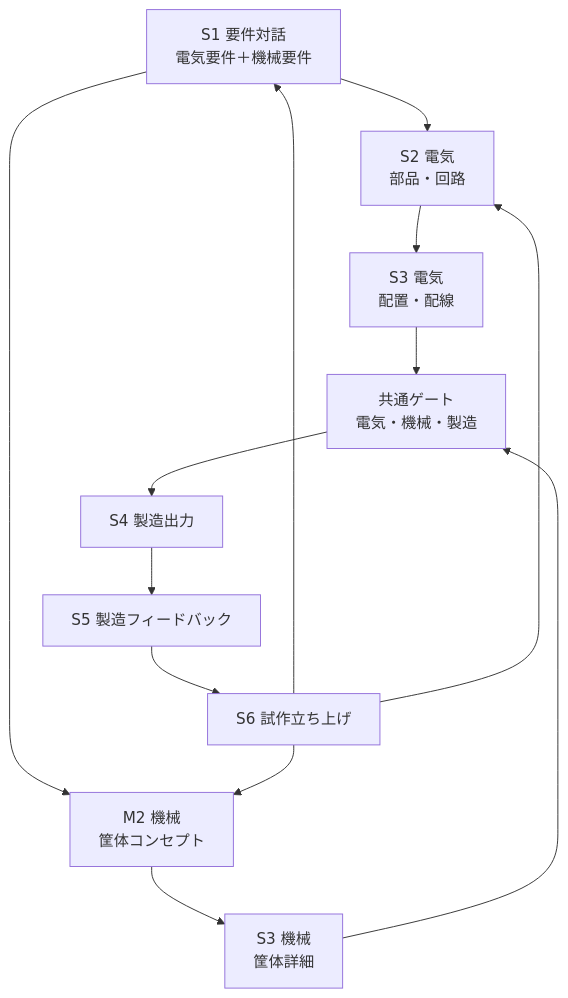
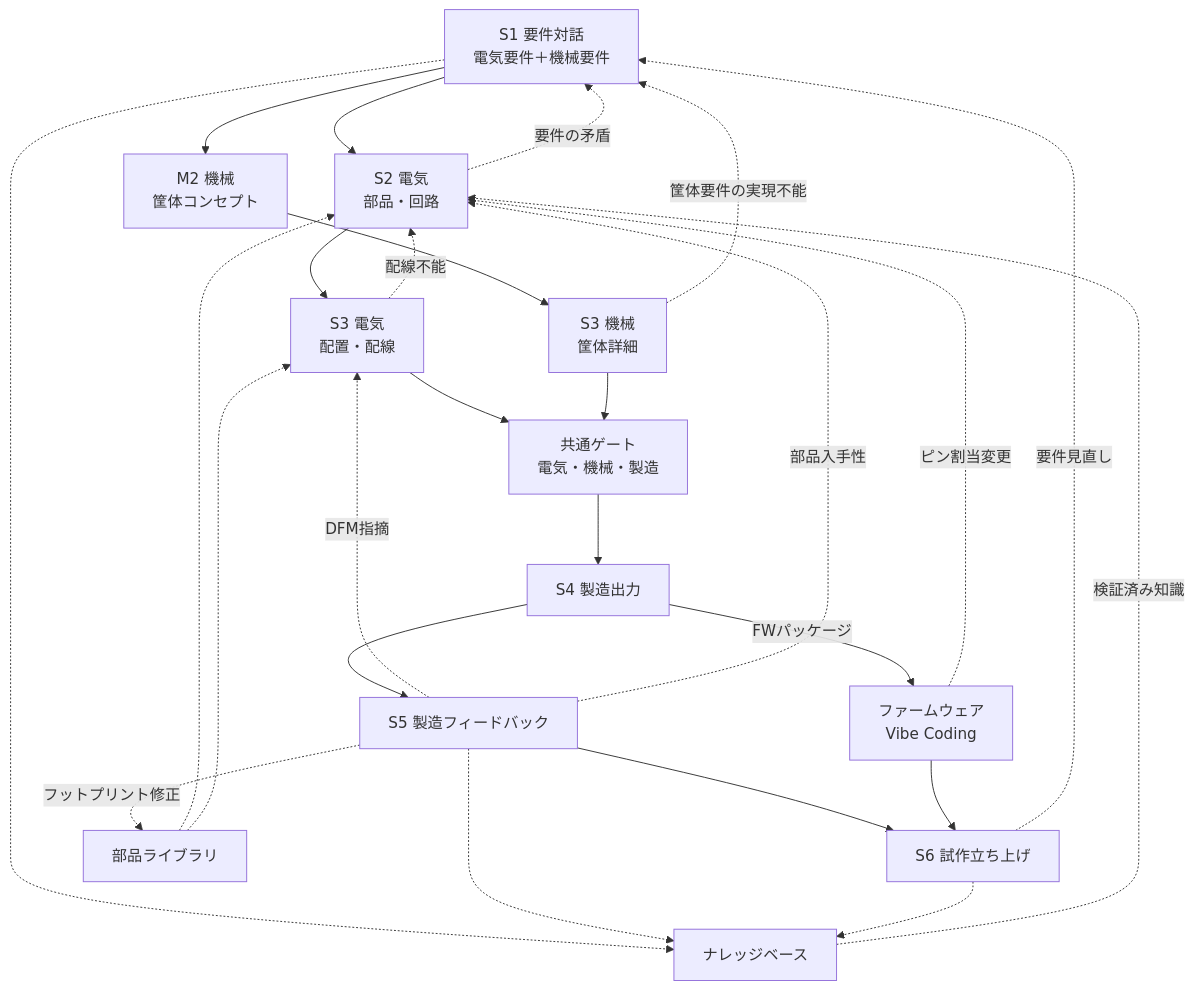
Before and after one commit to uist1idrju3i/acd-agent: the first of 2 diagrams in docs/design-flow.md, drawn with Mermaid. The commit also changed other lines of this file and 1 other file, not shown here.

Commit message:
設計フローのフィードバック経路を整合

````diff
--- a/docs/design-flow.md
+++ b/docs/design-flow.md
@@ -8,15 +8,28 @@
 ```mermaid
 flowchart TB
     S1["S1 要件対話<br/>電気要件＋機械要件"] --> E2["S2 電気<br/>部品・回路"]
     S1 --> M2["M2 機械<br/>筐体コンセプト"]
     E2 --> E3["S3 電気<br/>配置・配線"]
     M2 --> M3["S3 機械<br/>筐体詳細"]
     E3 --> G["共通ゲート<br/>電気・機械・製造"]
     M3 --> G
     G --> S4["S4 製造出力"]
     S4 --> S5["S5 製造フィードバック"]
     S5 --> S6["S6 試作立ち上げ"]
-    S6 --> S1
-    S6 --> E2
-    S6 --> M2
+    S6 -.->|要件見直し| S1
+    S4 -->|FWパッケージ| FW["ファームウェア<br/>Vibe Coding"]
+    FW --> S6
+    LIB["部品ライブラリ"] -.-> E2
+    LIB -.-> E3
+    E2 -.->|要件の矛盾| S1
+    E3 -.->|配線不能| E2
+    M3 -.->|筐体要件の実現不能| S1
+    S5 -.->|DFM指摘| E3
+    S5 -.->|部品入手性| E2
+    S5 -.->|フットプリント修正| LIB
+    FW -.->|ピン割当変更| E2
+    KB["ナレッジベース"] -.->|検証済み知識| E2
+    S1 -.-> KB
+    S5 -.-> KB
+    S6 -.-> KB
 ```
````
